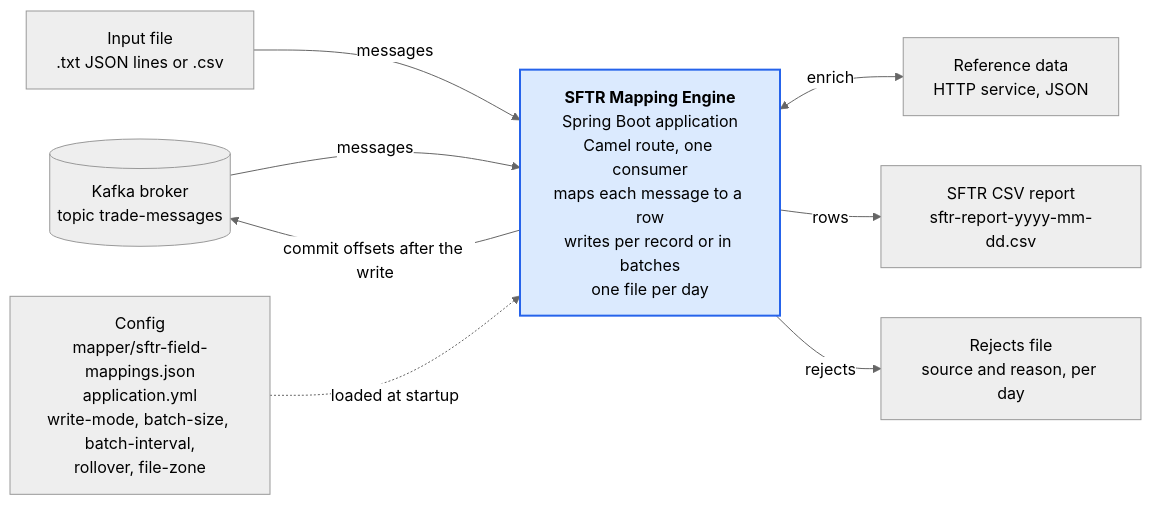
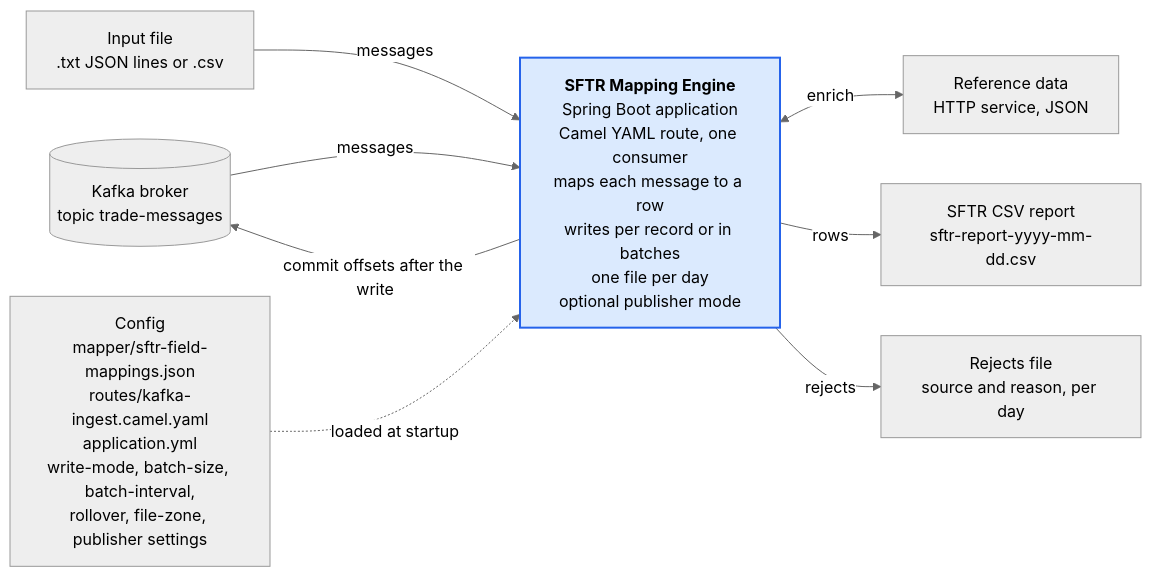
One commit to shanregs/msg-transformer changed the second of 13 diagrams in docs/c4-architecture.md. Above: the diagram before and after it, drawn with Mermaid (neutral theme). The commit also changed other lines of this file and 3 other files, not shown here.

First line of the commit message:
Docs: refresh architecture, design and C4 for the YAML route, publisher and LOGIC type

````diff
--- a/docs/c4-architecture.md
+++ b/docs/c4-architecture.md
@@ -26,13 +28,13 @@
 ```mermaid
 flowchart LR
     kafka[("Kafka broker<br/>topic trade-messages")] -->|messages| engine
     engine -->|commit offsets after the write| kafka
     file["Input file<br/>.txt JSON lines or .csv"] -->|messages| engine
-    cfg["Config<br/>mapper/sftr-field-mappings.json<br/>application.yml<br/>write-mode, batch-size, batch-interval,<br/>rollover, file-zone"] -.->|loaded at startup| engine
-    engine["<b>SFTR Mapping Engine</b><br/>Spring Boot application<br/>Camel route, one consumer<br/>maps each message to a row<br/>writes per record or in batches<br/>one file per day"]
+    cfg["Config<br/>mapper/sftr-field-mappings.json<br/>routes/kafka-ingest.camel.yaml<br/>application.yml<br/>write-mode, batch-size, batch-interval,<br/>rollover, file-zone, publisher settings"] -.->|loaded at startup| engine
+    engine["<b>SFTR Mapping Engine</b><br/>Spring Boot application<br/>Camel YAML route, one consumer<br/>maps each message to a row<br/>writes per record or in batches<br/>one file per day<br/>optional publisher mode"]
     engine <-->|enrich| ref["Reference data<br/>HTTP service, JSON"]
     engine -->|rows| csv["SFTR CSV report<br/>sftr-report-yyyy-mm-dd.csv"]
     engine -->|rejects| rej["Rejects file<br/>source and reason, per day"]
 
     style engine fill:#dbeafe,stroke:#2563eb,stroke-width:2px
 ```
````
